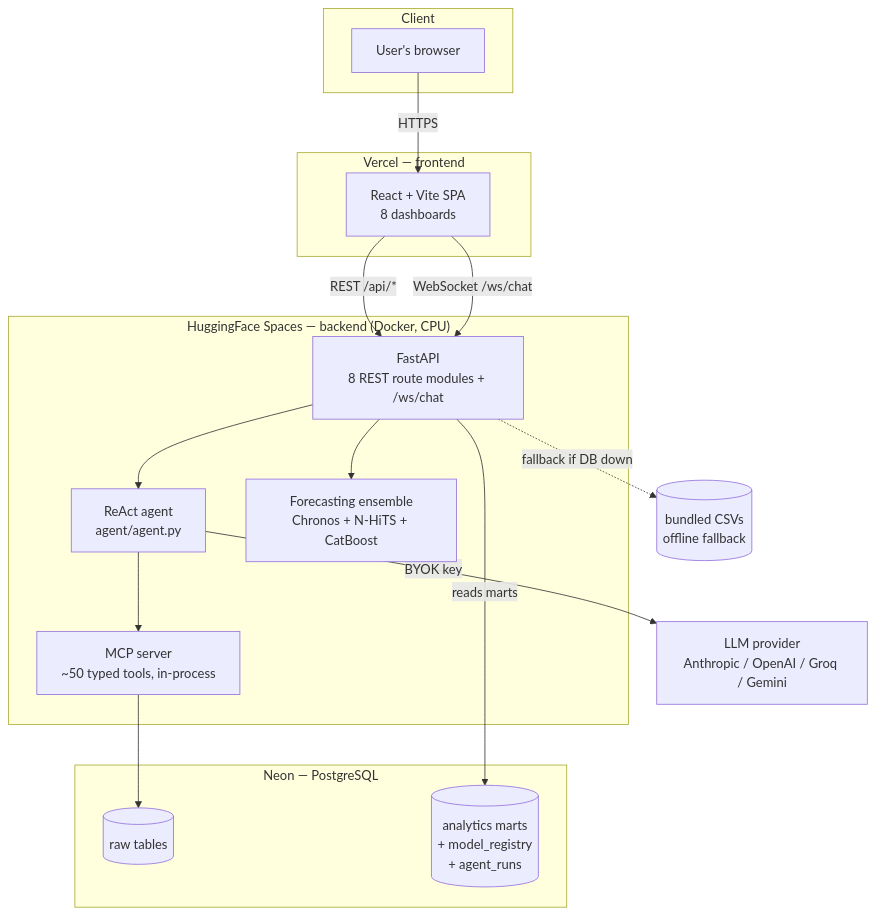
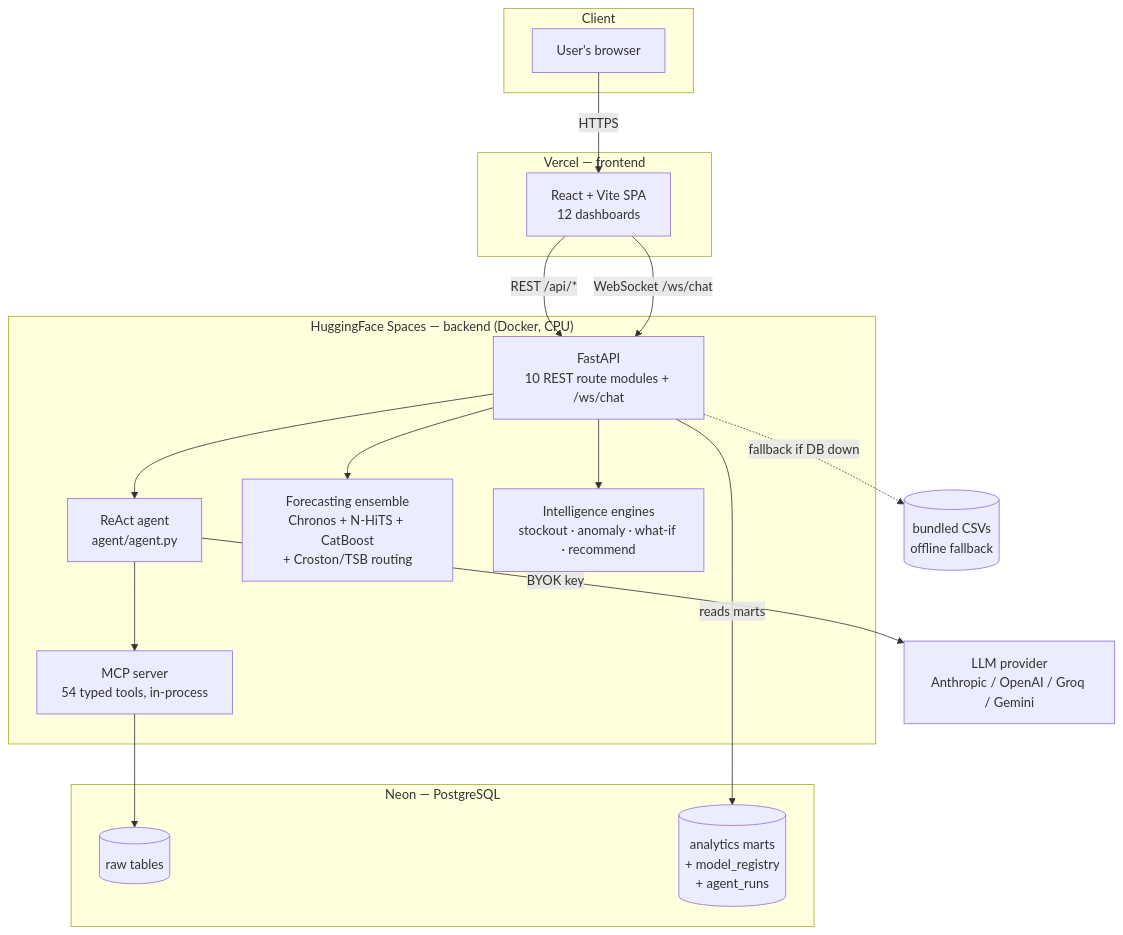
One commit to shiva-shivanibokka/SCM-using-MCP-and-LLM changed the first of 3 diagrams in README.md. Above: the diagram before and after it, drawn with Mermaid. The commit also changed other lines of this file and 38 other files, not shown here.

````diff
--- a/README.md
+++ b/README.md
@@ -63,31 +68,33 @@
 ```mermaid
 flowchart TD
     subgraph Client
         U[User's browser]
     end
     subgraph Vercel["Vercel — frontend"]
-        FE[React + Vite SPA<br/>8 dashboards]
+        FE[React + Vite SPA<br/>12 dashboards]
     end
     subgraph HF["HuggingFace Spaces — backend (Docker, CPU)"]
-        API[FastAPI<br/>8 REST route modules + /ws/chat]
+        API[FastAPI<br/>10 REST route modules + /ws/chat]
         AG[ReAct agent<br/>agent/agent.py]
-        MCP[MCP server<br/>~50 typed tools, in-process]
-        FC[Forecasting ensemble<br/>Chronos + N-HiTS + CatBoost]
+        MCP[MCP server<br/>54 typed tools, in-process]
+        FC[Forecasting ensemble<br/>Chronos + N-HiTS + CatBoost<br/>+ Croston/TSB routing]
+        INT[Intelligence engines<br/>stockout · anomaly · what-if · recommend]
     end
     subgraph Neon["Neon — PostgreSQL"]
         RAW[(raw tables)]
         MARTS[(analytics marts<br/>+ model_registry<br/>+ agent_runs)]
     end
     LLM[LLM provider<br/>Anthropic / OpenAI / Groq / Gemini]
     CSV[(bundled CSVs<br/>offline fallback)]
 
     U -->|HTTPS| FE
     FE -->|REST /api/*| API
     FE -->|WebSocket /ws/chat| API
     API --> AG --> MCP
     API --> FC
+    API --> INT
     AG -->|BYOK key| LLM
     MCP --> RAW
     API -->|reads marts| MARTS
     API -. fallback if DB down .-> CSV
 ```
````
